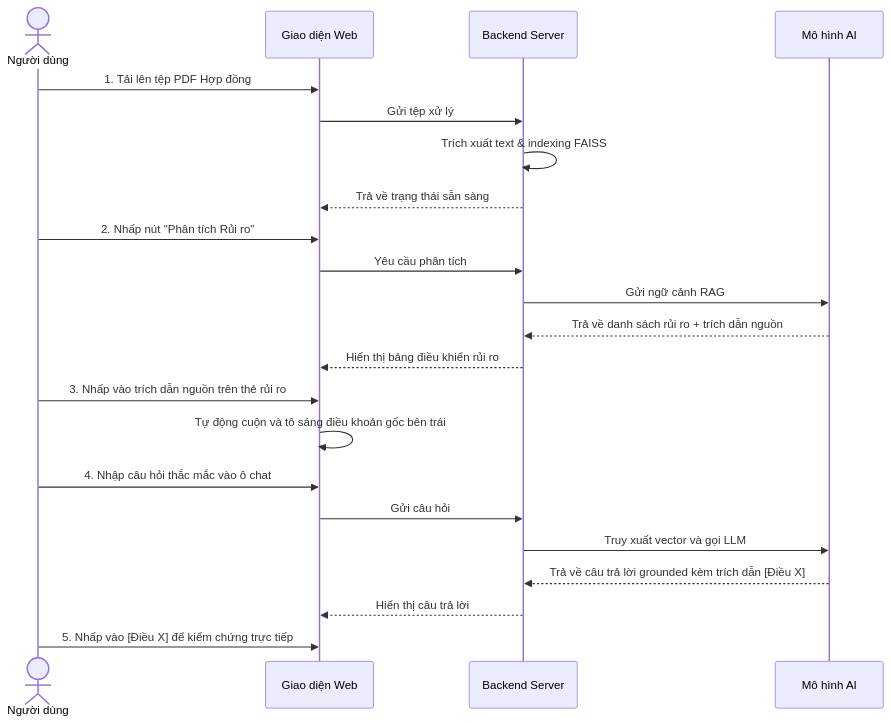
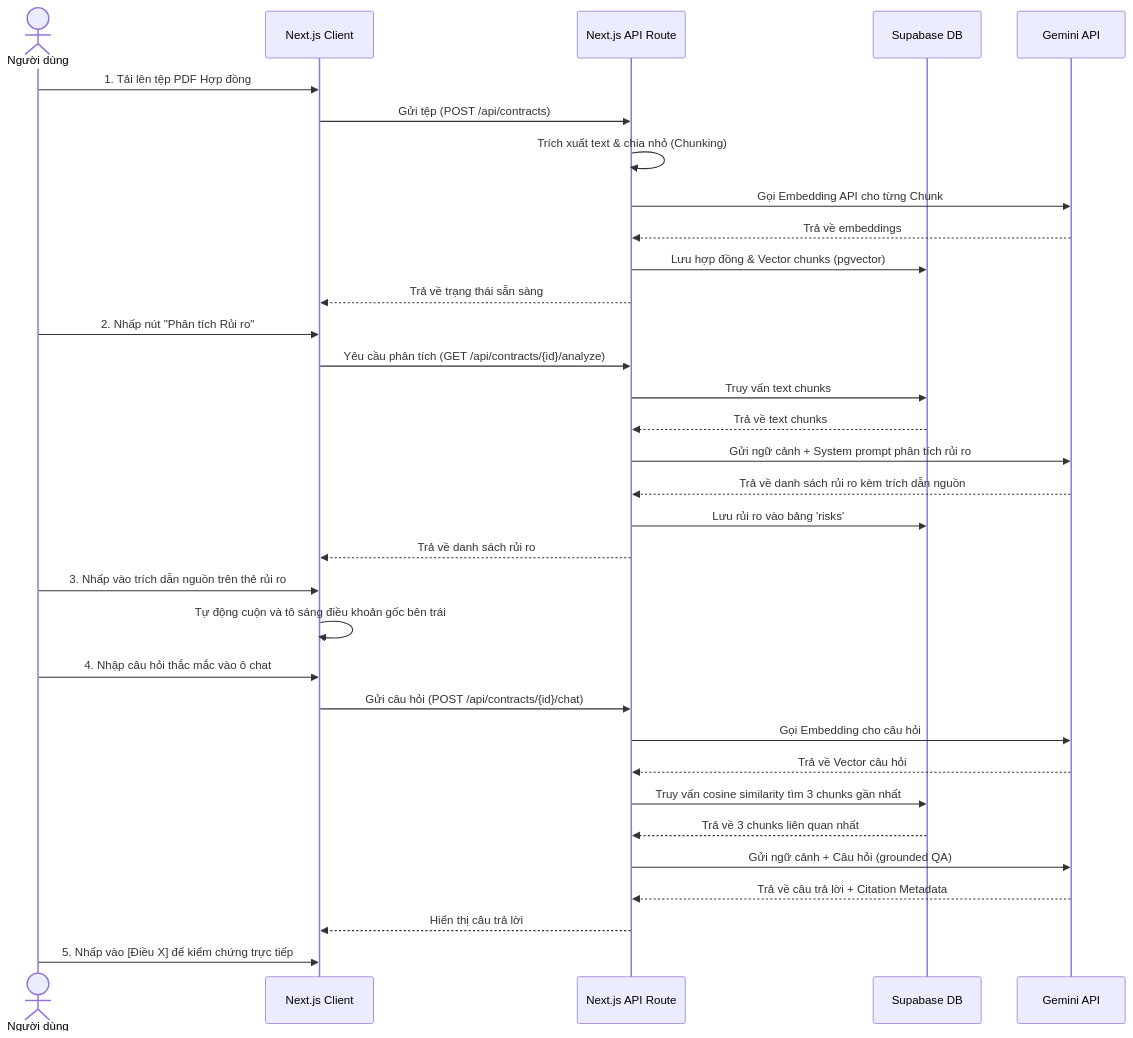
One commit to githubuser2777/LegalLens_ZenAI changed the third of 3 diagrams in docs/Product_docs/PRODUCT_DIRECTION.md. Above: the diagram before and after it, drawn with Mermaid. The commit also changed other lines of this file and 203 other files, not shown here.

````diff
--- a/docs/Product_docs/PRODUCT_DIRECTION.md
+++ b/docs/Product_docs/PRODUCT_DIRECTION.md
@@ -111,25 +110,36 @@
 ```mermaid
 sequenceDiagram
     actor User as Người dùng
-    participant App as Giao diện Web
-    participant Server as Backend Server
-    participant AI as Mô hình AI
+    participant App as Next.js Client
+    participant API as Next.js API Route
+    participant DB as Supabase DB
+    participant AI as Gemini API
     
     User->>App: 1. Tải lên tệp PDF Hợp đồng
-    App->>Server: Gửi tệp xử lý
-    Server->>Server: Trích xuất text & indexing FAISS
-    Server-->>App: Trả về trạng thái sẵn sàng
+    App->>API: Gửi tệp (POST /api/contracts)
+    API->>API: Trích xuất text & chia nhỏ (Chunking)
+    API->>AI: Gọi Embedding API cho từng Chunk
+    AI-->>API: Trả về embeddings
+    API->>DB: Lưu hợp đồng & Vector chunks (pgvector)
+    API-->>App: Trả về trạng thái sẵn sàng
     User->>App: 2. Nhấp nút "Phân tích Rủi ro"
-    App->>Server: Yêu cầu phân tích
-    Server->>AI: Gửi ngữ cảnh RAG
-    AI-->>Server: Trả về danh sách rủi ro + trích dẫn nguồn
-    Server-->>App: Hiển thị bảng điều khiển rủi ro
+    App->>API: Yêu cầu phân tích (GET /api/contracts/{id}/analyze)
+    API->>DB: Truy vấn text chunks
+    DB-->>API: Trả về text chunks
+    API->>AI: Gửi ngữ cảnh + System prompt phân tích rủi ro
+    AI-->>API: Trả về danh sách rủi ro kèm trích dẫn nguồn
+    API->>DB: Lưu rủi ro vào bảng 'risks'
+    API-->>App: Trả về danh sách rủi ro
     User->>App: 3. Nhấp vào trích dẫn nguồn trên thẻ rủi ro
     App->>App: Tự động cuộn và tô sáng điều khoản gốc bên trái
     User->>App: 4. Nhập câu hỏi thắc mắc vào ô chat
-    App->>Server: Gửi câu hỏi
-    Server->>AI: Truy xuất vector và gọi LLM
-    AI-->>Server: Trả về câu trả lời grounded kèm trích dẫn [Điều X]
-    Server-->>App: Hiển thị câu trả lời
+    App->>API: Gửi câu hỏi (POST /api/contracts/{id}/chat)
+    API->>AI: Gọi Embedding cho câu hỏi
+    AI-->>API: Trả về Vector câu hỏi
+    API->>DB: Truy vấn cosine similarity tìm 3 chunks gần nhất
+    DB-->>API: Trả về 3 chunks liên quan nhất
+    API->>AI: Gửi ngữ cảnh + Câu hỏi (grounded QA)
+    AI-->>API: Trả về câu trả lời + Citation Metadata
+    API-->>App: Hiển thị câu trả lời
     User->>App: 5. Nhấp vào [Điều X] để kiểm chứng trực tiếp
 ```
````
